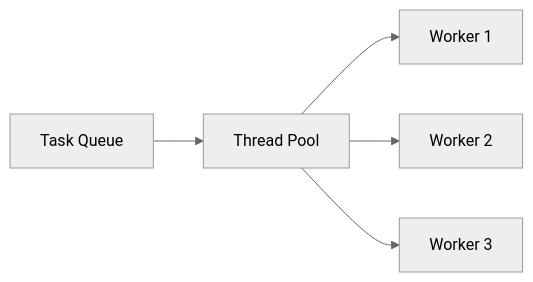
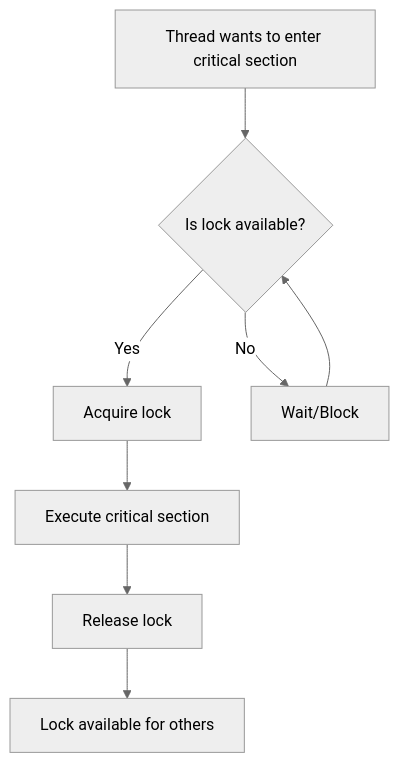
Before and after one commit to spawn08/system-design-interview: the second of 4 diagrams in basics/concurrency.md, drawn with Mermaid (neutral theme). The commit also changed other lines of this file and 4 other files, not shown here.

````diff
--- a/basics/concurrency.md
+++ b/basics/concurrency.md
@@ -326,7 +313,10 @@
 ```mermaid
-flowchart LR
-    Tasks[Task Queue] --> Pool[Thread Pool]
-    Pool --> W1[Worker 1]
-    Pool --> W2[Worker 2]
-    Pool --> W3[Worker 3]
+flowchart TD
+    A[Thread wants to enter critical section] --> B{Is lock available?}
+    B -->|Yes| C[Acquire lock]
+    C --> D[Execute critical section]
+    D --> E[Release lock]
+    E --> F[Lock available for others]
+    B -->|No| G[Wait/Block]
+    G --> B
 ```
````
